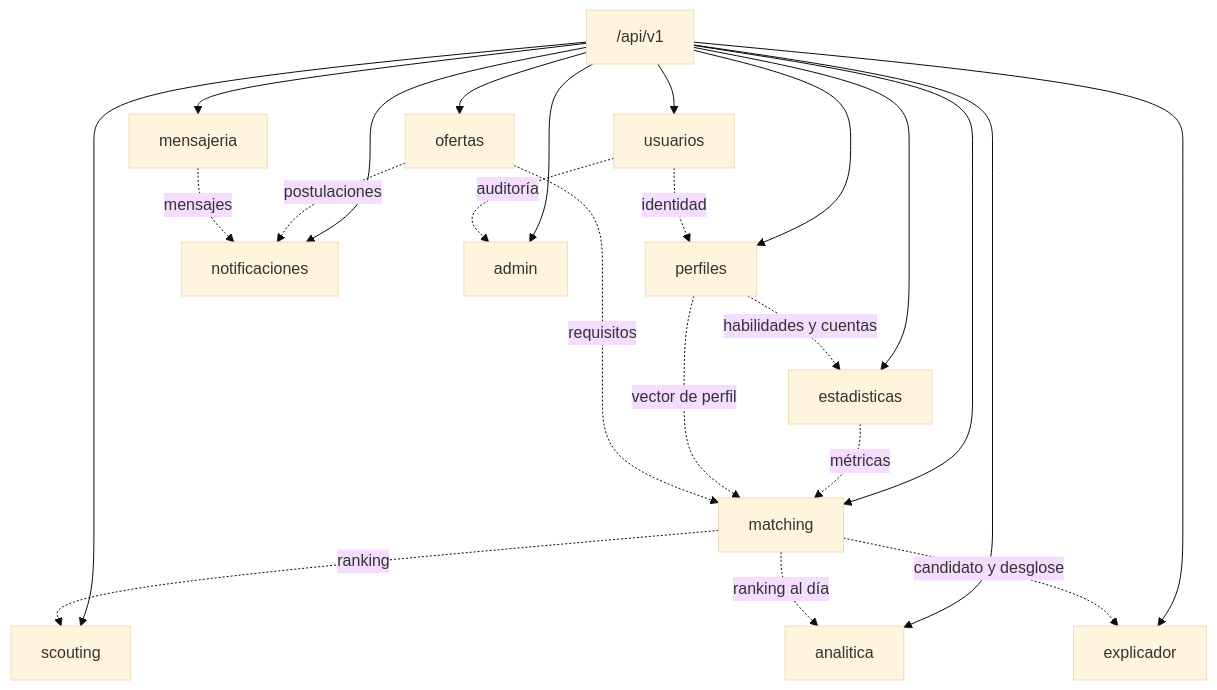
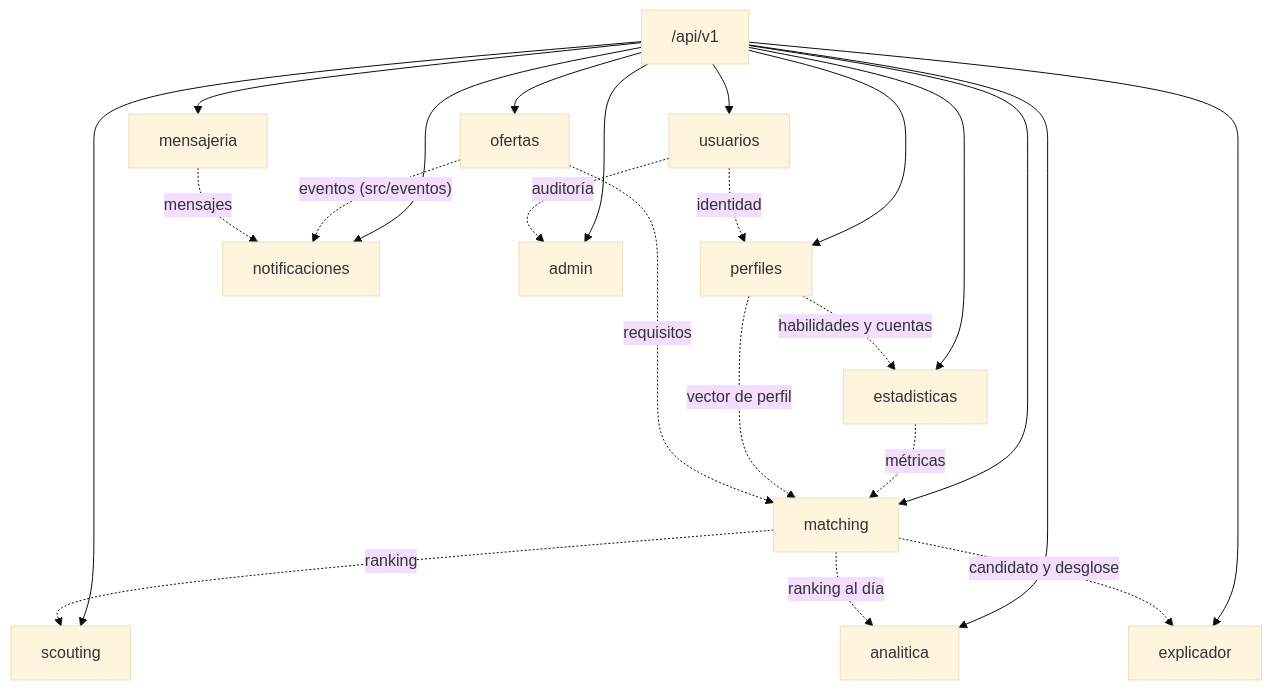
The third of 7 diagrams in docs/arquitectura.md (DavidFGP07/ProPlay), drawn with Mermaid (base theme) before and after one commit. The commit also changed other lines of this file and 5 other files, not shown here.

````diff
--- a/docs/arquitectura.md
+++ b/docs/arquitectura.md
@@ -71,27 +71,27 @@
 ```mermaid
 flowchart TB
     API["/api/v1"]
     API --> U["usuarios"]
     API --> P["perfiles"]
     API --> E["estadisticas"]
     API --> SC["scouting"]
     API --> M["matching"]
     API --> O["ofertas"]
     API --> MS["mensajeria"]
     API --> N["notificaciones"]
     API --> AD["admin"]
     API --> AN["analitica"]
     API --> EX["explicador"]
 
     U -.->|identidad| P
     P -.->|habilidades y cuentas| E
     E -.->|métricas| M
     P -.->|vector de perfil| M
     O -.->|requisitos| M
     M -.->|ranking| SC
-    O -.->|postulaciones| N
+    O -.->|"eventos (src/eventos)"| N
     MS -.->|mensajes| N
     U -.->|auditoría| AD
     M -.->|ranking al día| AN
     M -.->|candidato y desglose| EX
 ```
````
